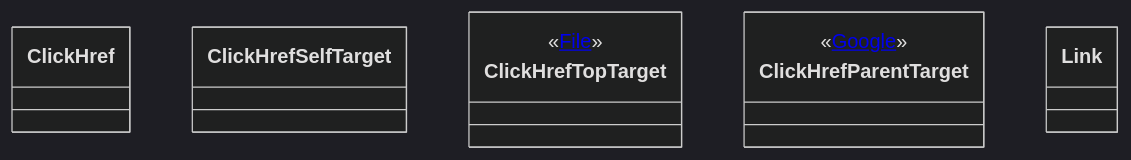
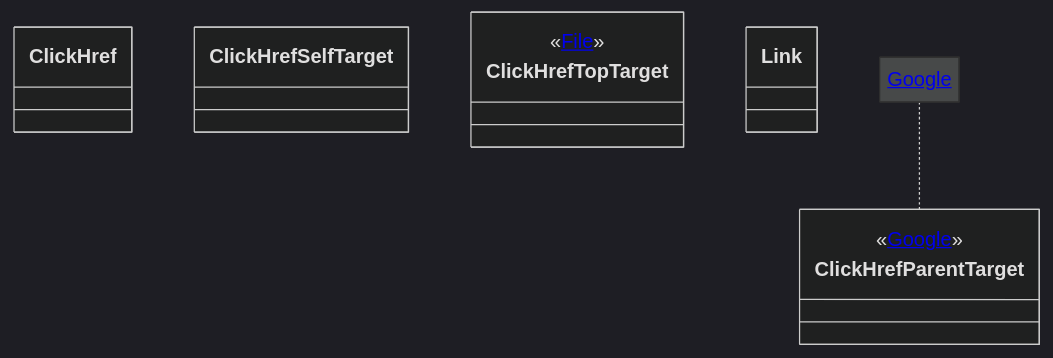
One commit to WarrenTheRabbit/pytest-onboarding changed the third of 4 diagrams in markdown_practice.md. Above: the diagram before and after it, drawn with Mermaid (dark theme).

Commit message:
experiment: add link to note

````diff
--- a/markdown_practice.md
+++ b/markdown_practice.md
@@ -38,20 +38,22 @@
 ```mermaid
 classDiagram
 class ClickHref
 class ClickHrefSelfTarget
 class ClickHrefTopTarget {
   <<<a href='https://github.com/WarrenTheRabbit/pytest-onboarding/blob/main/objects/File/README.md'>File</a>>
 }
 class ClickHrefParentTarget {
   <<<a href='https://google.com'>Google</a>>
 }
 
 class Link
 
+note for ClickHrefParentTarget "<a href='https://github.com/WarrenTheRabbit/pytest-onboarding/'>Google</a>"
+
 link Link "<a href='https://github.com/WarrenTheRabbit/pytest-onboarding/blob/main/objects/File/README.md'>Google</a>"
 
 click ClickHref href "https://github.com/WarrenTheRabbit/pytest-onboarding/blob/main/objects/File/README.md" "This is a tooltip for a link"
 click ClickHrefSelfTarget href "https://github.com/WarrenTheRabbit/pytest-onboarding/blob/main/objects/File/README.md" "This is a tooltip for a link" _self
 click ClickHrefTopTarget href "https://github.com/WarrenTheRabbit/pytest-onboarding/blob/main/objects/File/README.md" "This is a tooltip for a link" _top
 click ClickHrefParentTarget href "https://github.com/WarrenTheRabbit/pytest-onboarding/blob/main/objects/File/README.md" "This is a tooltip for a link" _parent
 ```
````
